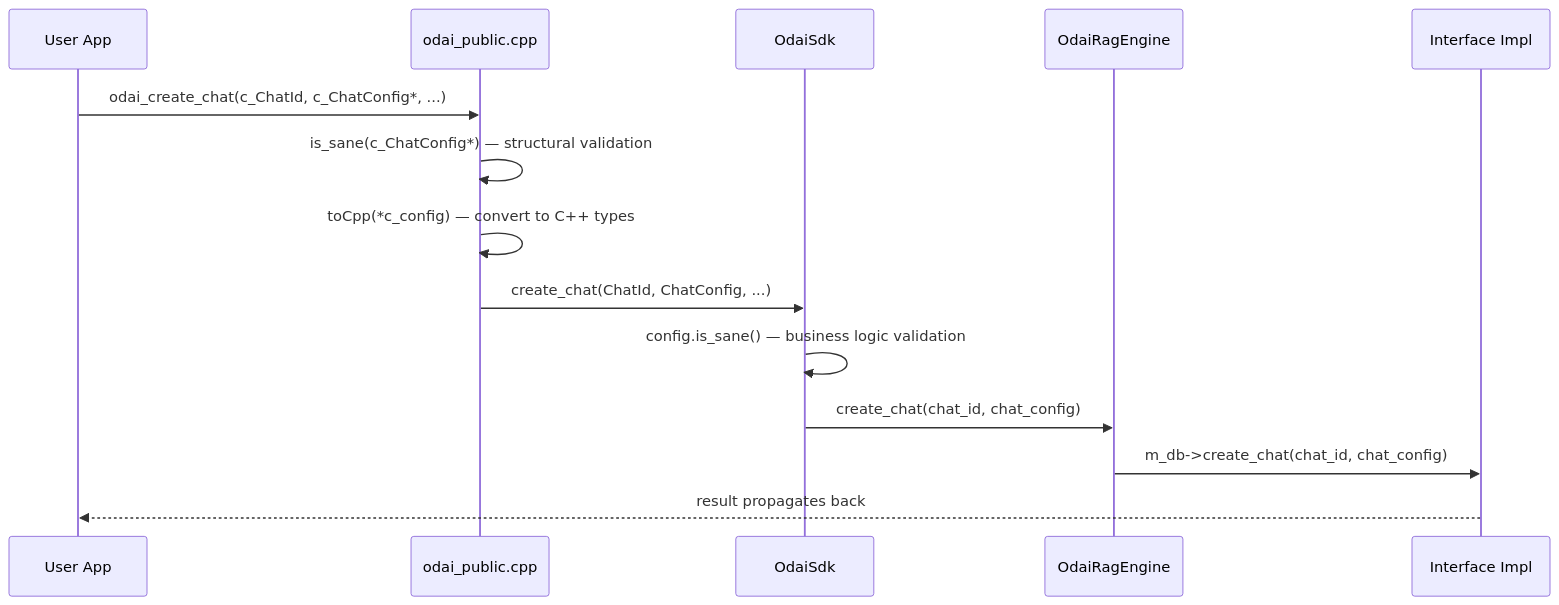
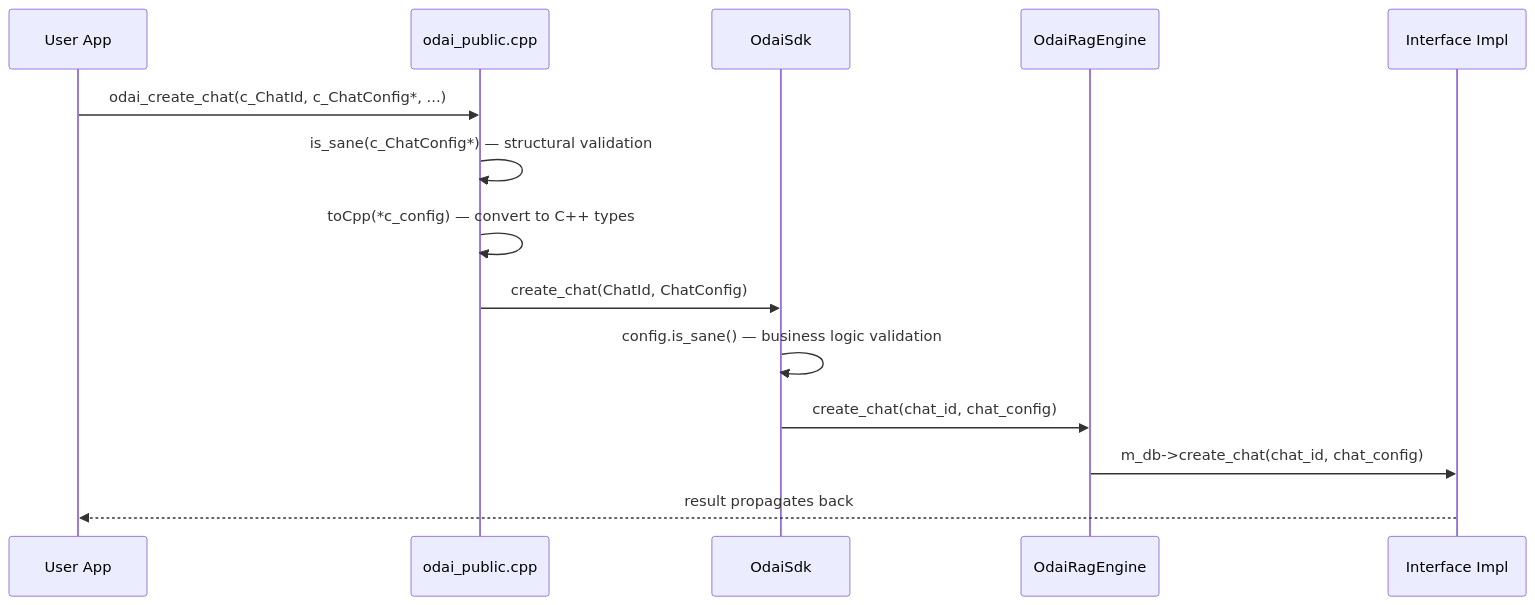
One commit to darshan3v/odai changed the diagram in docs/architecture/data-flow-and-type-system.md. Above: the diagram before and after it, drawn with Mermaid. The commit also changed other lines of this file and 29 other files, not shown here.

````diff
--- a/docs/architecture/data-flow-and-type-system.md
+++ b/docs/architecture/data-flow-and-type-system.md
@@ -9,17 +9,17 @@
 ```mermaid
 sequenceDiagram
     participant App as User App
     participant CAPI as odai_public.cpp
     participant SDK as OdaiSdk
     participant RAG as OdaiRagEngine
     participant Iface as Interface Impl
 
     App->>CAPI: odai_create_chat(c_ChatId, c_ChatConfig*, ...)
     CAPI->>CAPI: is_sane(c_ChatConfig*) — structural validation
     CAPI->>CAPI: toCpp(*c_config) — convert to C++ types
-    CAPI->>SDK: create_chat(ChatId, ChatConfig, ...)
+    CAPI->>SDK: create_chat(ChatId, ChatConfig)
     SDK->>SDK: config.is_sane() — business logic validation
     SDK->>RAG: create_chat(chat_id, chat_config)
     RAG->>Iface: m_db->create_chat(chat_id, chat_config)
     Iface-->>App: result propagates back
 ```
````
